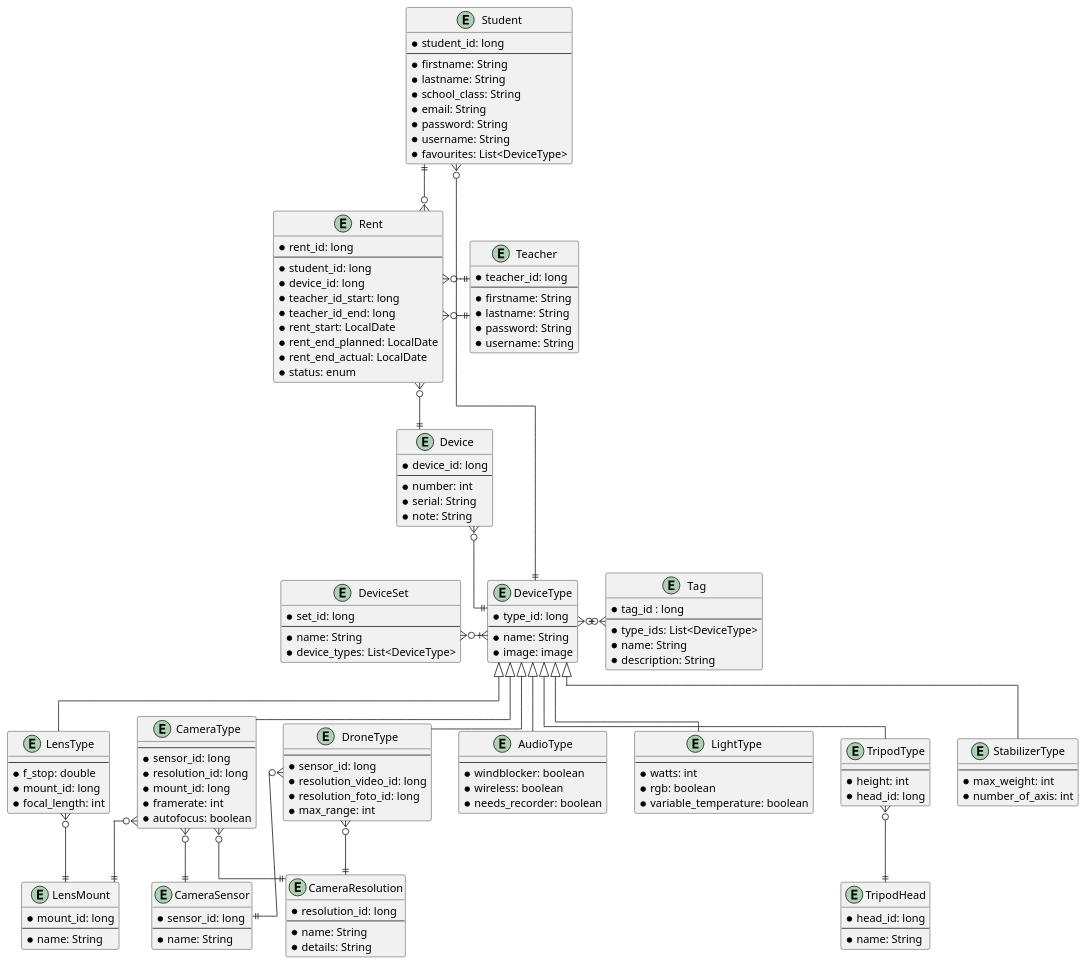
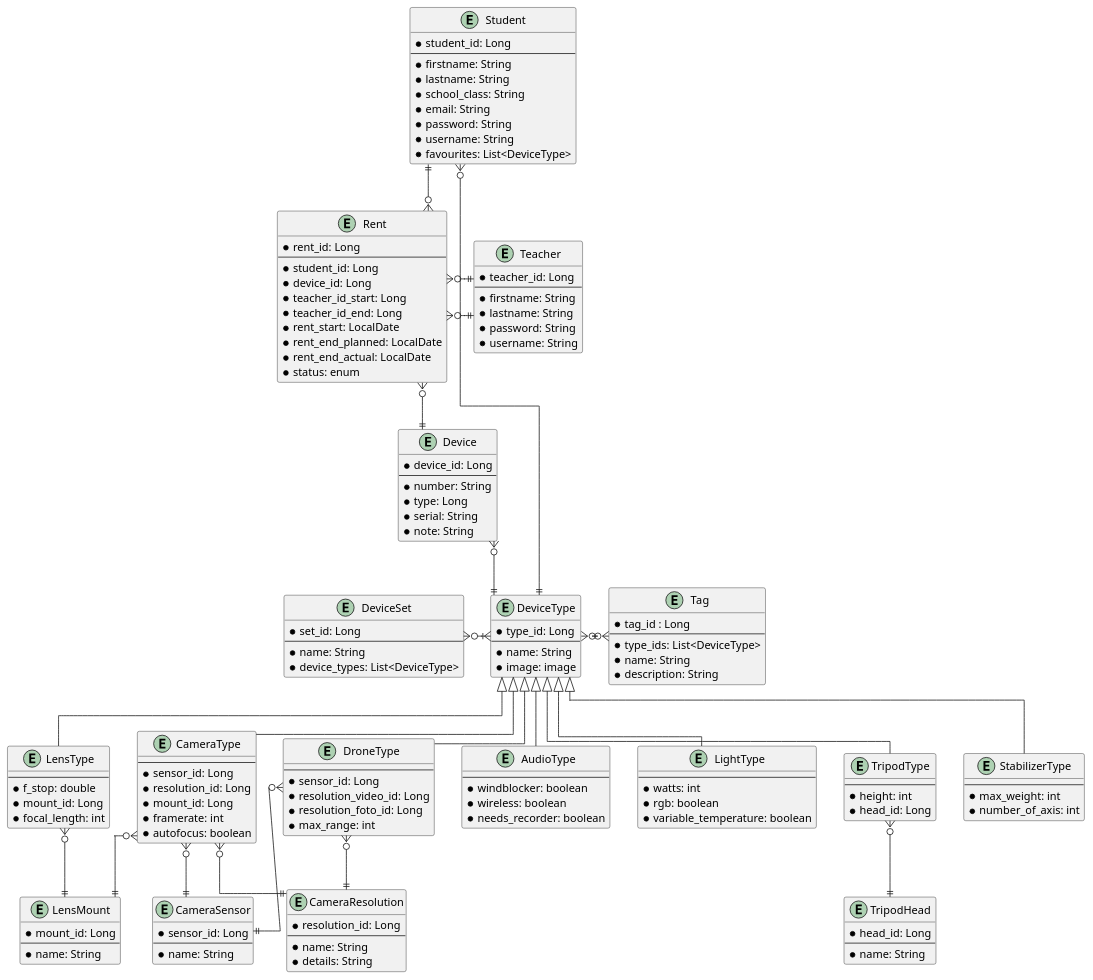
One commit to htl-leo-itp-2325-4-5BHITM/cam-connect changed the diagram in docs/uml.puml. Above: the diagram before and after it, drawn with PlantUML. The commit also changed 7 other files, not shown here.

```diff
--- a/docs/uml.puml
+++ b/docs/uml.puml
@@ -1,170 +1,171 @@
 @startuml
    skinparam linetype ortho
 
    entity DeviceType {
-        * type_id: long
+        * type_id: Long
         --
         * name: String
         * image: image
     }
 
     entity CameraType {
         --
-        * sensor_id: long
-        * resolution_id: long
-        * mount_id: long
+        * sensor_id: Long
+        * resolution_id: Long
+        * mount_id: Long
         * framerate: int
         * autofocus: boolean
     }
 
     entity DroneType {
         --
-        * sensor_id: long
-        * resolution_video_id: long
-        * resolution_foto_id: long
+        * sensor_id: Long
+        * resolution_video_id: Long
+        * resolution_foto_id: Long
         * max_range: int
     }
 
     entity LensType {
         --
         * f_stop: double
-        * mount_id: long
+        * mount_id: Long
         * focal_length: int
     }
 
     entity AudioType {
         --
         * windblocker: boolean
         * wireless: boolean
         * needs_recorder: boolean
     }
 
     entity LightType {
         --
         * watts: int
         * rgb: boolean
         * variable_temperature: boolean
     }
 
     entity TripodType {
         --
         * height: int
-        * head_id: long
+        * head_id: Long
     }
 
     entity StabilizerType {
         --
         * max_weight: int
         * number_of_axis: int
     }
 
     DeviceType <|-down- CameraType
     DeviceType <|-down- AudioType
     DeviceType <|-down- LightType
     DeviceType <|-down- TripodType
     DeviceType <|-down- StabilizerType
     DeviceType <|-down- DroneType
     DeviceType <|-down- LensType
 
     entity TripodHead {
-        * head_id: long
+        * head_id: Long
         --
         * name: String
     }
 
     entity LensMount {
-        * mount_id: long
+        * mount_id: Long
         --
         * name: String
     }
 
     entity CameraSensor {
-        * sensor_id: long
+        * sensor_id: Long
         --
         * name: String
     }
 
     entity CameraResolution {
-        * resolution_id: long
+        * resolution_id: Long
         --
         * name: String
         * details: String
     }
 
     TripodType }o--|| TripodHead
     LensType }o--|| LensMount
     CameraType }o--|| LensMount
     CameraType }o--|| CameraSensor
     DroneType }o--|| CameraSensor
     DroneType }o--|| CameraResolution
     CameraType }o--|| CameraResolution
 
     entity Device {
-        * device_id: long
+        * device_id: Long
         --
-        * number: int
+        * number: String
+        * type: Long
         * serial: String
         * note: String
     }
 
     entity Rent{
-        * rent_id: long
+        * rent_id: Long
         --
-        * student_id: long
-        * device_id: long
-        * teacher_id_start: long
-        * teacher_id_end: long
+        * student_id: Long
+        * device_id: Long
+        * teacher_id_start: Long
+        * teacher_id_end: Long
         * rent_start: LocalDate
         * rent_end_planned: LocalDate
         * rent_end_actual: LocalDate
         ' status is waiting for confirmation, confirmed, declined
         * status: enum
     }
 
     entity Tag {
-        * tag_id : long
+        * tag_id : Long
         --
         * type_ids: List<DeviceType>
         * name: String
         * description: String
     }
 
     entity Student {
-        * student_id: long
+        * student_id: Long
         --
         * firstname: String
         * lastname: String
         * school_class: String
         * email: String
         * password: String
         * username: String
         * favourites: List<DeviceType>
     }
 
     entity Teacher {
-        * teacher_id: long
+        * teacher_id: Long
         --
         * firstname: String
         * lastname: String
         * password: String
         * username: String
     }
 
      entity DeviceSet {
-        * set_id: long
+        * set_id: Long
         --
         * name: String
         * device_types: List<DeviceType>
     }
 
     Device }o-down-|| DeviceType
     DeviceType }|-left-o{ DeviceSet
     DeviceType }o-right-o{ Tag
 
     Rent }o--|| Device
     Rent }o-up-|| Student
     Rent }o-right-|| Teacher
     Rent }o-right-|| Teacher
 
     Student }o--|| DeviceType
 @enduml
```
